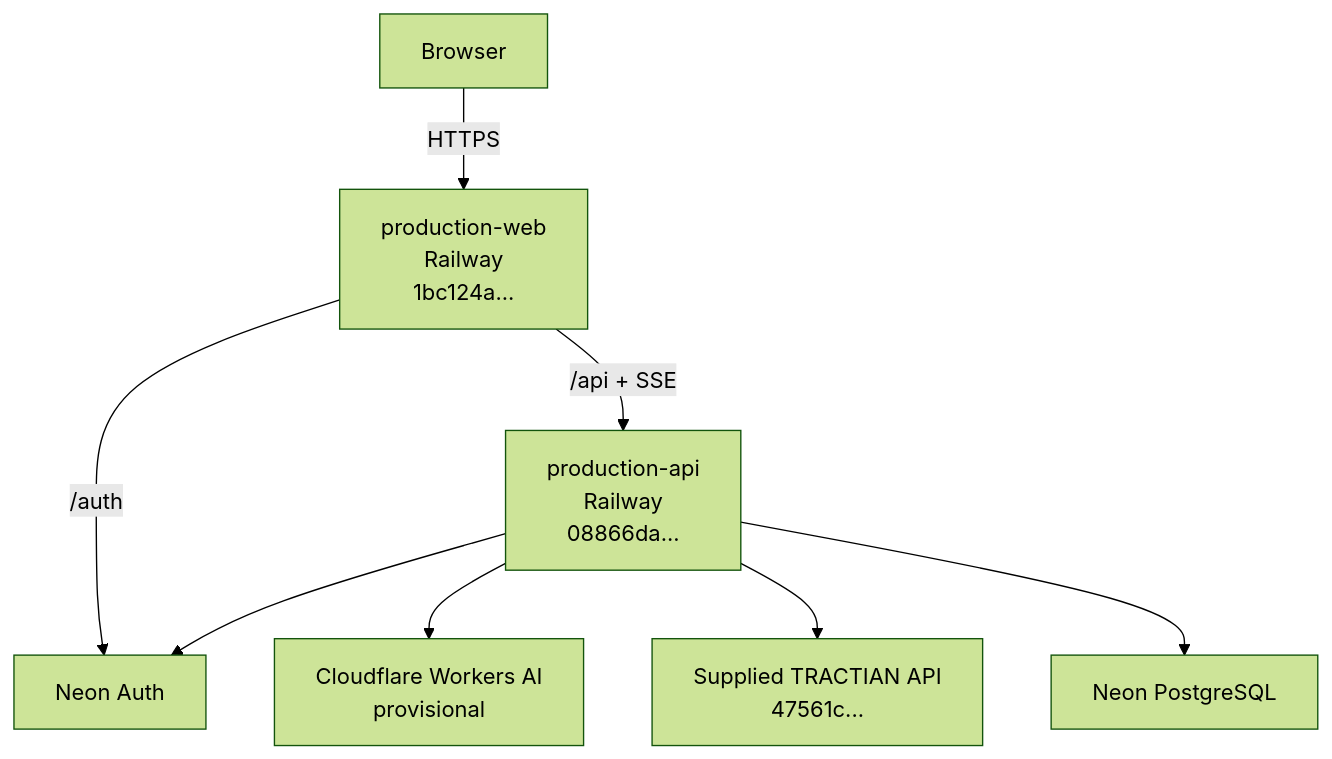
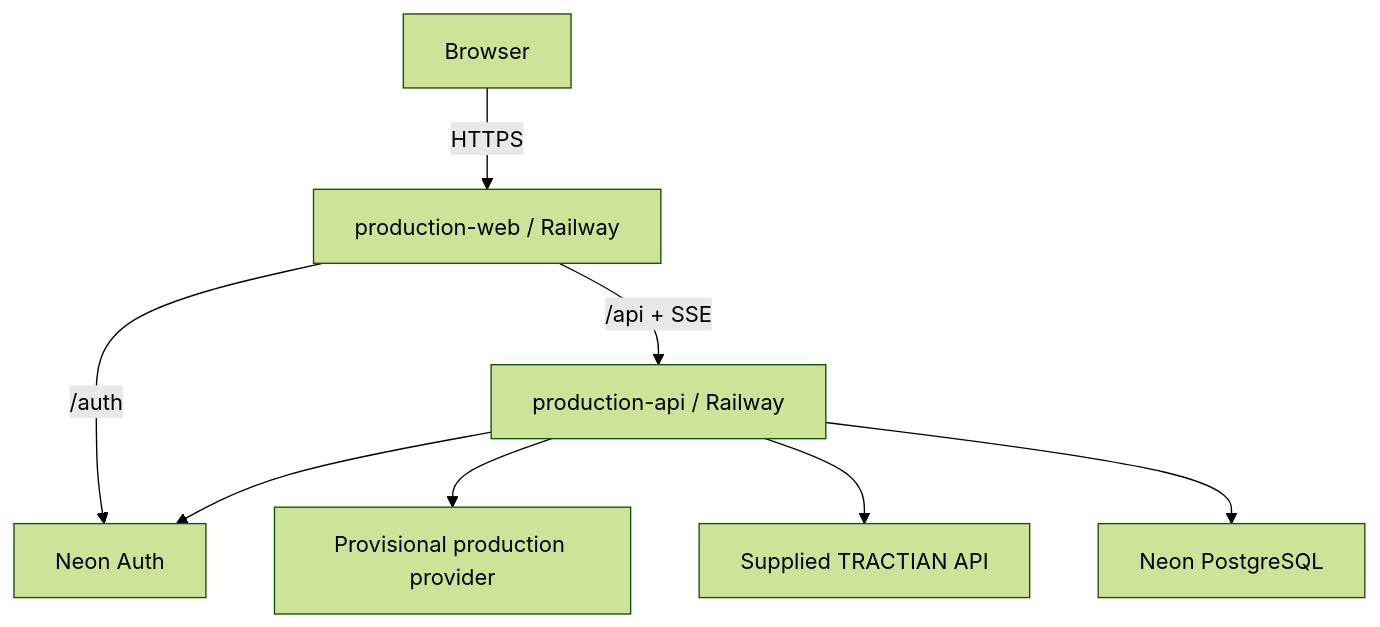
The tenth of 14 diagrams in docs/presentation/ARCHITECTURE-OVERLAYS.md (pablo-marchina/academy-tractian), drawn with Mermaid (forest theme) before and after one commit. The commit also changed other lines of this file, not shown here.

Commit message:
docs(presentation): add provider research boundary overlay

````diff
--- a/docs/presentation/ARCHITECTURE-OVERLAYS.md
+++ b/docs/presentation/ARCHITECTURE-OVERLAYS.md
@@ -197,18 +195,18 @@
 ```mermaid
 flowchart TB
     B[Browser]
-    W[production-web\nRailway\n1bc124a...]
-    API[production-api\nRailway\n08866da...]
+    W[production-web / Railway]
+    API[production-api / Railway]
     AUTH[Neon Auth]
-    CF[Cloudflare Workers AI\nprovisional]
-    TR[Supplied TRACTIAN API\n47561c...]
+    P[Provisional production provider]
+    TR[Supplied TRACTIAN API]
     DB[Neon PostgreSQL]
 
     B -->|HTTPS| W
     W -->|/api + SSE| API
     W -->|/auth| AUTH
     API --> AUTH
-    API --> CF
+    API --> P
     API --> TR
     API --> DB
 ```
````
